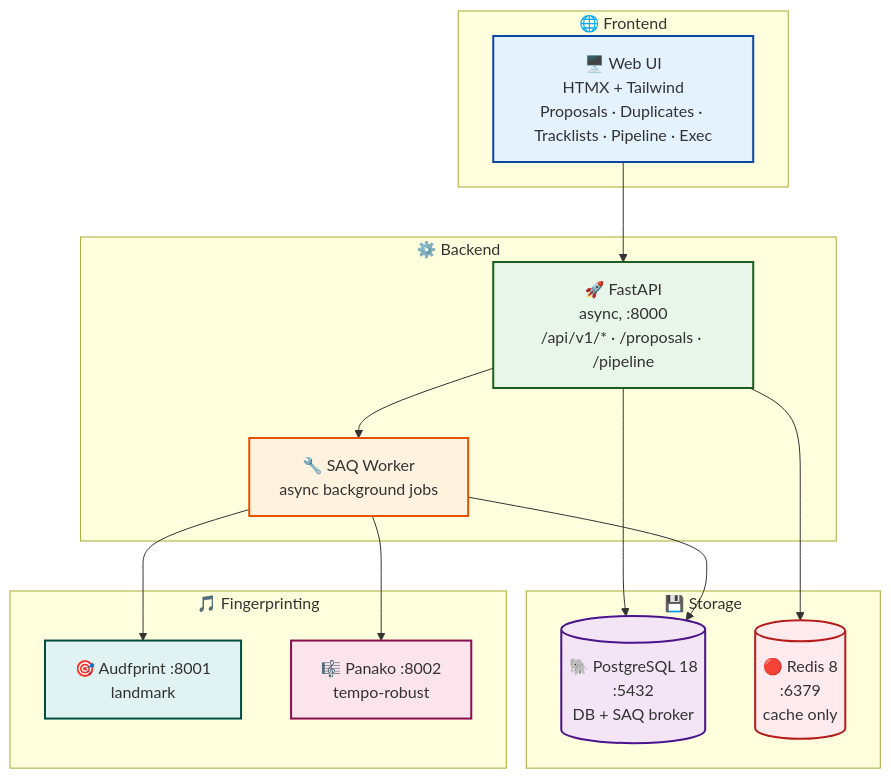
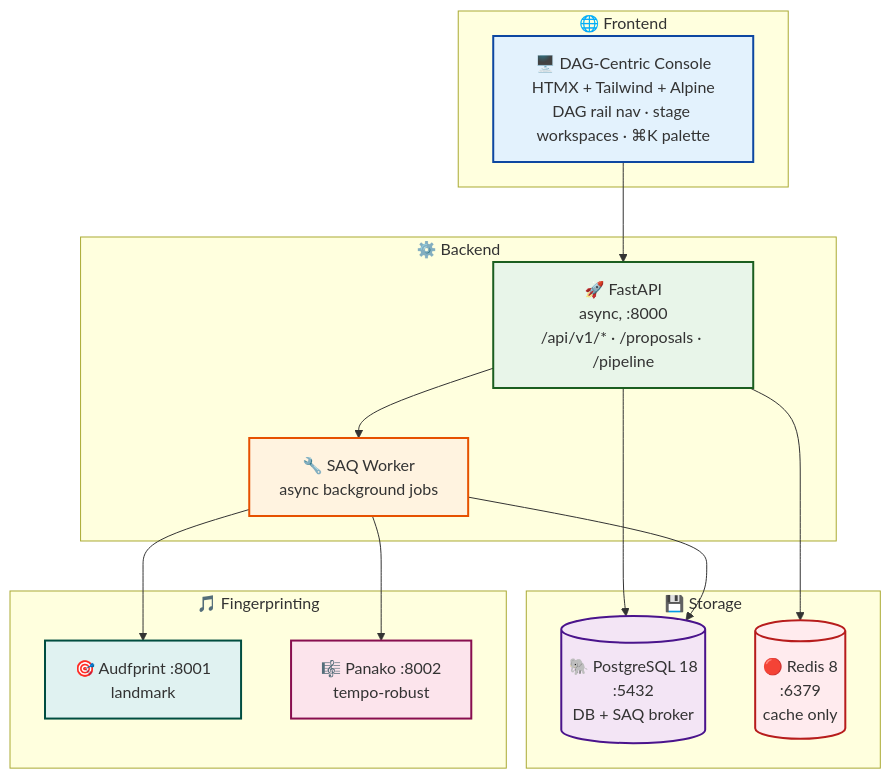
The first of 2 diagrams in README.md (SimplicityGuy/phaze), drawn with Mermaid before and after one commit. The commit also changed other lines of this file and 69 other files, not shown here.

````diff
--- a/README.md
+++ b/README.md
@@ -52,37 +76,37 @@
 ```mermaid
 graph TD
     subgraph Frontend ["🌐 Frontend"]
-        UI["🖥️ Web UI<br/>HTMX + Tailwind<br/>Proposals · Duplicates · Tracklists · Pipeline · Exec"]
+        UI["🖥️ DAG-Centric Console<br/>HTMX + Tailwind + Alpine<br/>DAG rail nav · stage workspaces · ⌘K palette"]
     end
 
     subgraph Backend ["⚙️ Backend"]
         API["🚀 FastAPI<br/>async, :8000<br/>/api/v1/* · /proposals · /pipeline"]
         WORKER["🔧 SAQ Worker<br/>async background jobs"]
     end
 
     subgraph Storage ["💾 Storage"]
         PG[("🐘 PostgreSQL 18<br/>:5432<br/>DB + SAQ broker")]
         REDIS[("🔴 Redis 8<br/>:6379<br/>cache only")]
     end
 
     subgraph Fingerprint ["🎵 Fingerprinting"]
         AUD["🎯 Audfprint :8001<br/>landmark"]
         PAN["🎼 Panako :8002<br/>tempo-robust"]
     end
 
     UI --> API
     API --> PG
     API --> REDIS
     API --> WORKER
     WORKER --> AUD
     WORKER --> PAN
     WORKER --> PG
 
     style UI fill:#e3f2fd,stroke:#0d47a1,stroke-width:2px
     style API fill:#e8f5e9,stroke:#1b5e20,stroke-width:2px
     style WORKER fill:#fff3e0,stroke:#e65100,stroke-width:2px
     style PG fill:#f3e5f5,stroke:#4a148c,stroke-width:2px
     style REDIS fill:#ffebee,stroke:#b71c1c,stroke-width:2px
     style AUD fill:#e0f2f1,stroke:#004d40,stroke-width:2px
     style PAN fill:#fce4ec,stroke:#880e4f,stroke-width:2px
 ```
````
